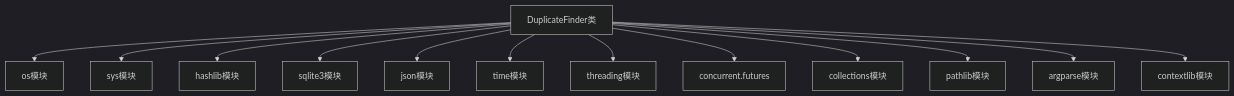
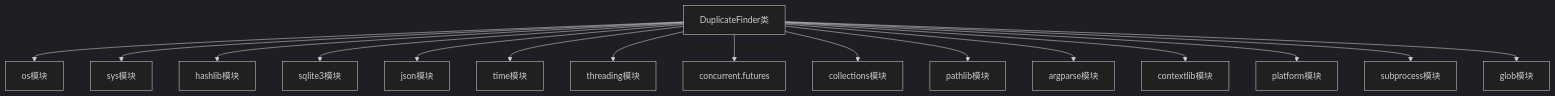
The fifth of 6 diagrams in .qoder/repowiki/zh/content/API参考文档/DuplicateFinder类API.md (Xxy15021337046/duplicate-file-finder), drawn with Mermaid (dark theme) before and after one commit. The commit also changed other lines of this file and 27 other files, not shown here.

````diff
--- a/.qoder/repowiki/zh/content/API参考文档/DuplicateFinder类API.md
+++ b/.qoder/repowiki/zh/content/API参考文档/DuplicateFinder类API.md
@@ -399,15 +428,18 @@
 ```mermaid
 graph TB
 DF[DuplicateFinder类] --> OS[os模块]
 DF --> SYS[sys模块]
 DF --> HASHLIB[hashlib模块]
 DF --> SQLITE3[sqlite3模块]
 DF --> JSON[json模块]
 DF --> TIME[time模块]
 DF --> THREADING[threading模块]
 DF --> CONCURRENT[concurrent.futures]
 DF --> COLLECTIONS[collections模块]
 DF --> PATHLIB[pathlib模块]
 DF --> ARGPARSE[argparse模块]
 DF --> CONTEXTLIB[contextlib模块]
+DF --> PLATFORM[platform模块]
+DF --> SUBPROCESS[subprocess模块]
+DF --> GLOB[glob模块]
 ```
````
